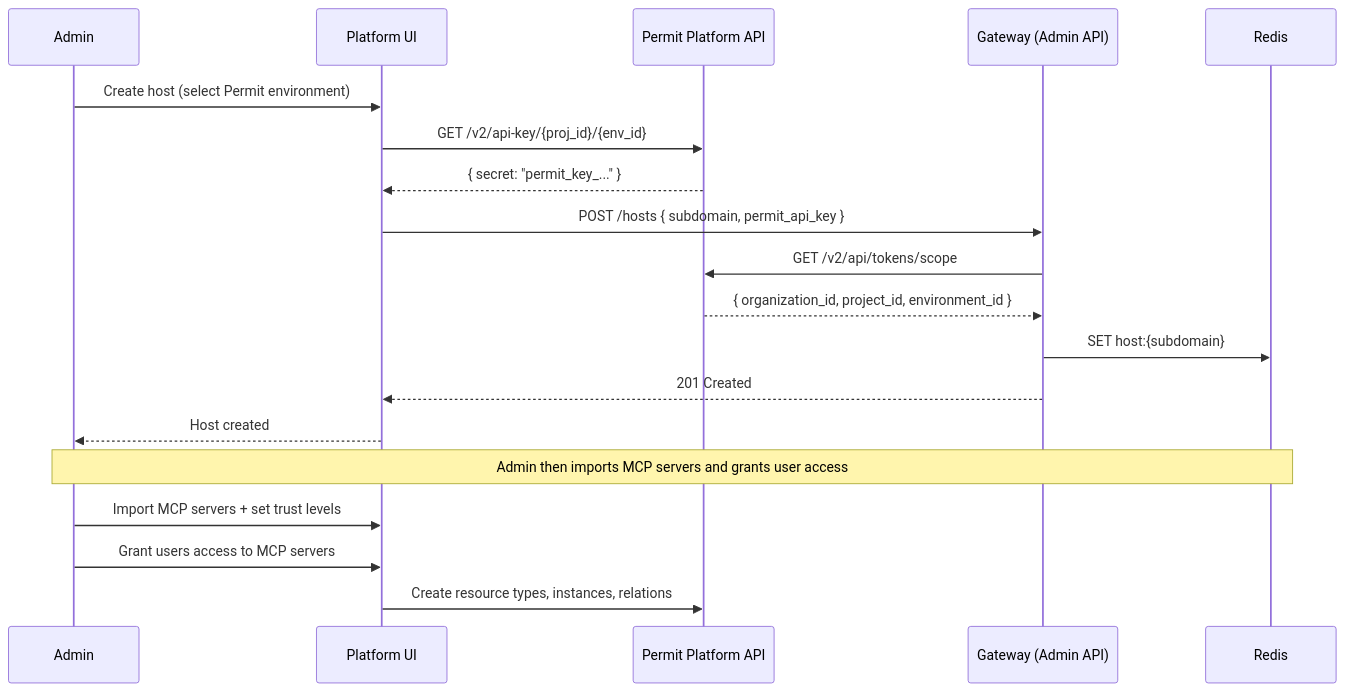
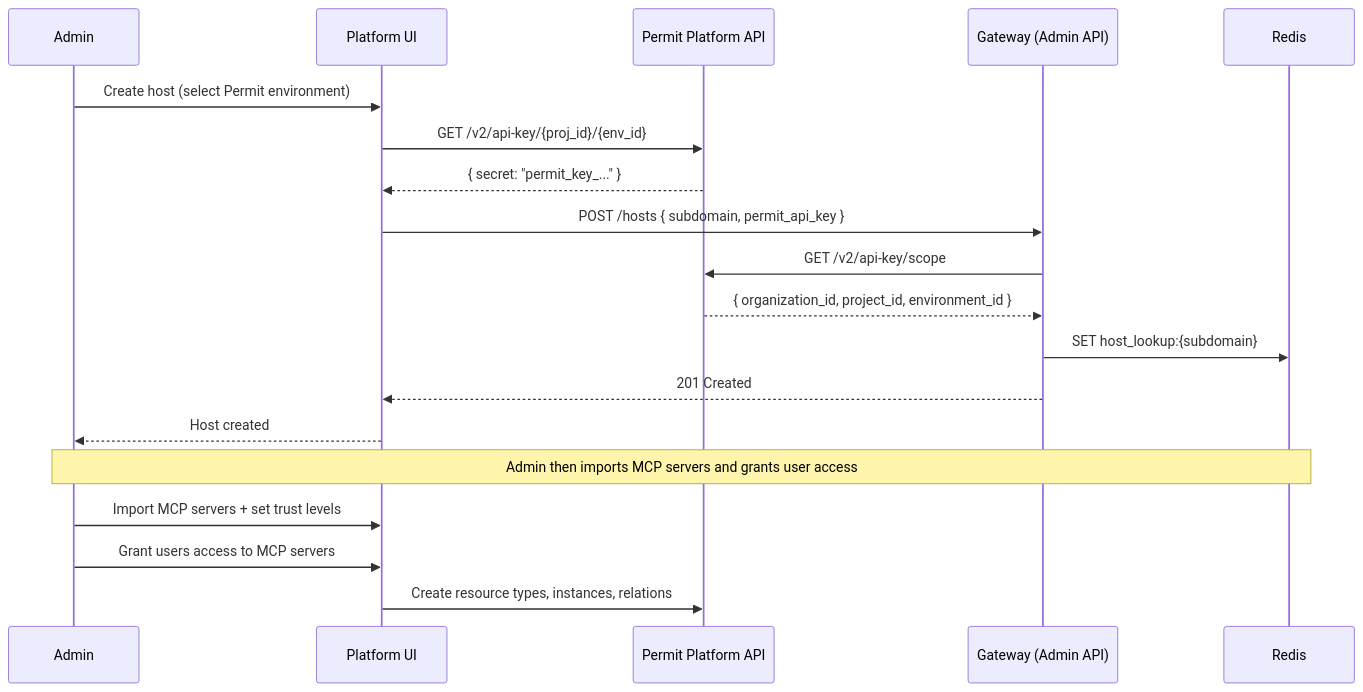
Before and after one commit to permitio/docs: the fourth of 7 diagrams in docs/ai-security/mcp-permissions/architecture.mdx, drawn with Mermaid. The commit also changed other lines of this file and 3 other files, not shown here.

````diff
--- a/docs/ai-security/mcp-permissions/architecture.mdx
+++ b/docs/ai-security/mcp-permissions/architecture.mdx
@@ -212,23 +212,23 @@
 ```mermaid
 sequenceDiagram
     participant A as Admin
     participant Platform as Platform UI
     participant PermitAPI as Permit Platform API
     participant GW as Gateway (Admin API)
     participant R as Redis
 
     A->>Platform: Create host (select Permit environment)
     Platform->>PermitAPI: GET /v2/api-key/{proj_id}/{env_id}
     PermitAPI-->>Platform: { secret: "permit_key_..." }
     Platform->>GW: POST /hosts { subdomain, permit_api_key }
-    GW->>PermitAPI: GET /v2/api/tokens/scope
+    GW->>PermitAPI: GET /v2/api-key/scope
     PermitAPI-->>GW: { organization_id, project_id, environment_id }
-    GW->>R: SET host:{subdomain}
+    GW->>R: SET host_lookup:{subdomain}
     GW-->>Platform: 201 Created
     Platform-->>A: Host created
 
     Note over A,R: Admin then imports MCP servers and grants user access
     A->>Platform: Import MCP servers + set trust levels
     A->>Platform: Grant users access to MCP servers
     Platform->>PermitAPI: Create resource types, instances, relations
 ```
````
